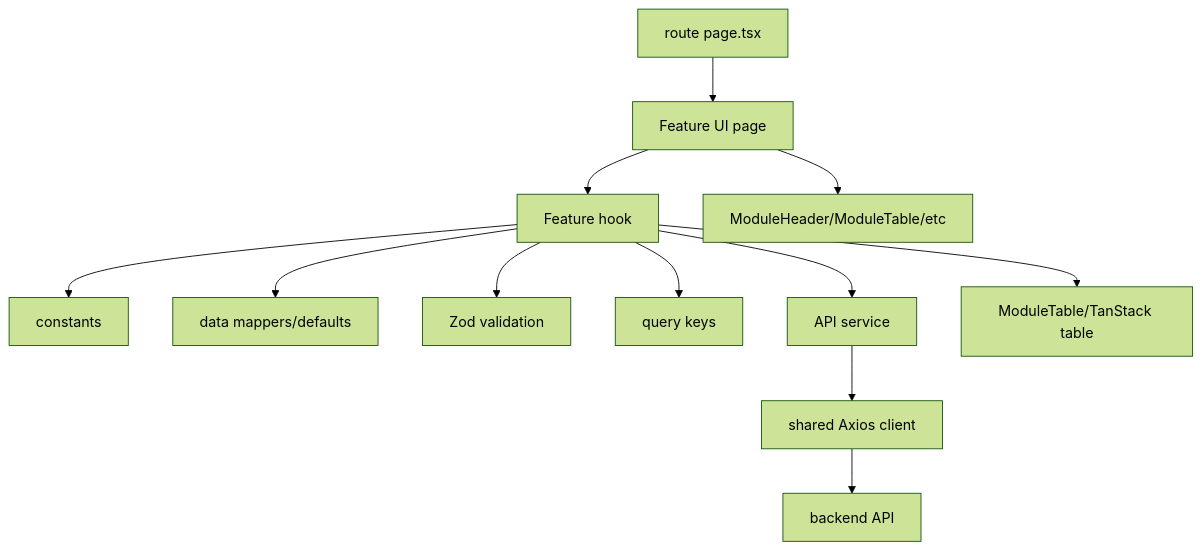
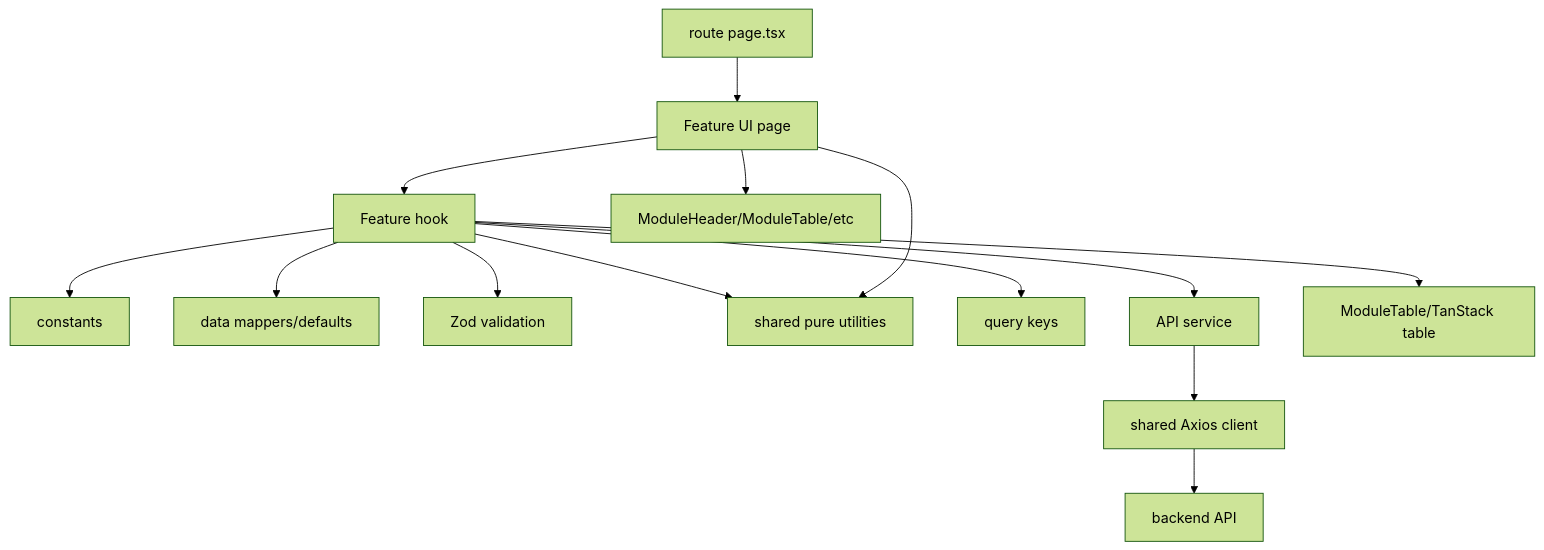
One commit to integr8software/gr8bookslite-frontend changed the fifth of 5 diagrams in FRONTEND_MAP.md. Above: the diagram before and after it, drawn with Mermaid (forest theme). The commit also changed other lines of this file and 59 other files, not shown here.

````diff
--- a/FRONTEND_MAP.md
+++ b/FRONTEND_MAP.md
@@ -163,14 +188,16 @@
 ```mermaid
 graph TD
   Page[route page.tsx] --> ListOrForm[Feature UI page]
   ListOrForm --> FeatureHook[Feature hook]
   FeatureHook --> Constants[constants]
   FeatureHook --> DataMappers[data mappers/defaults]
   FeatureHook --> Validation[Zod validation]
+  FeatureHook --> Utils[shared pure utilities]
   FeatureHook --> QueryKeys[query keys]
   FeatureHook --> ApiService[API service]
   ApiService --> ApiClient[shared Axios client]
   ApiClient --> Backend[backend API]
   FeatureHook --> SharedTable[ModuleTable/TanStack table]
   ListOrForm --> SharedModuleUi[ModuleHeader/ModuleTable/etc]
+  ListOrForm --> Utils
 ```
````
